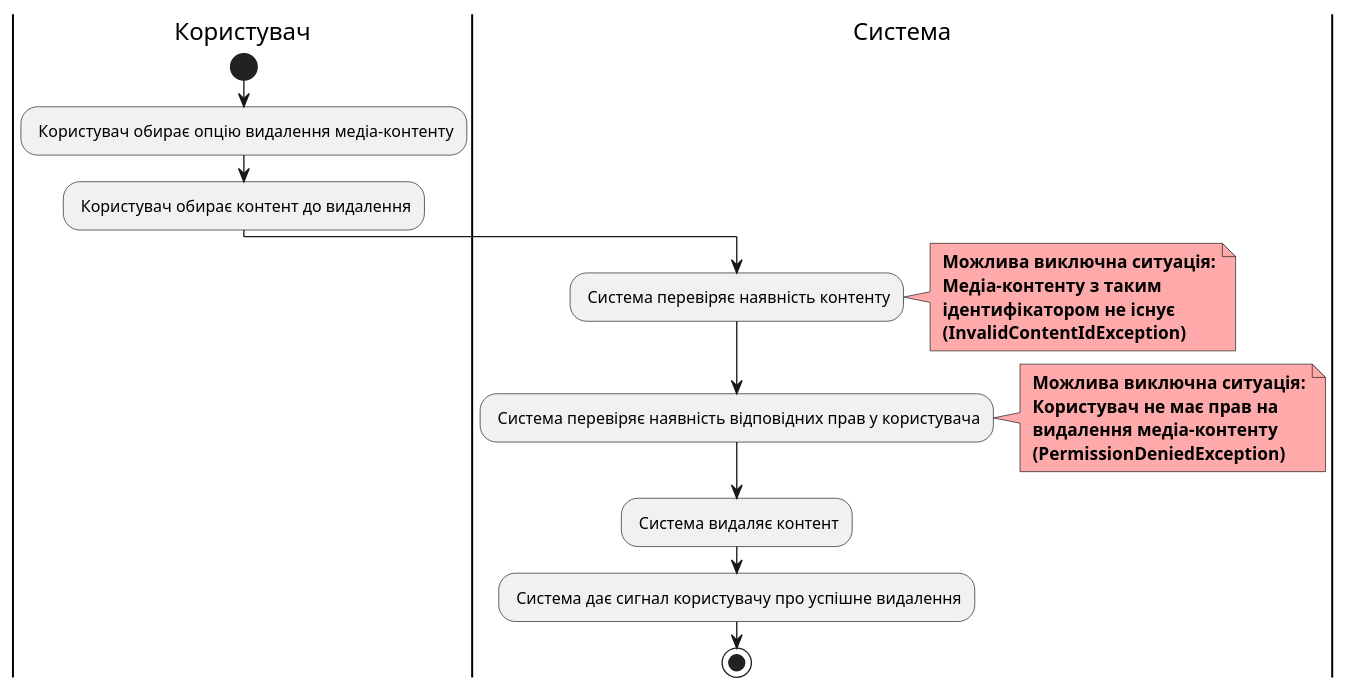
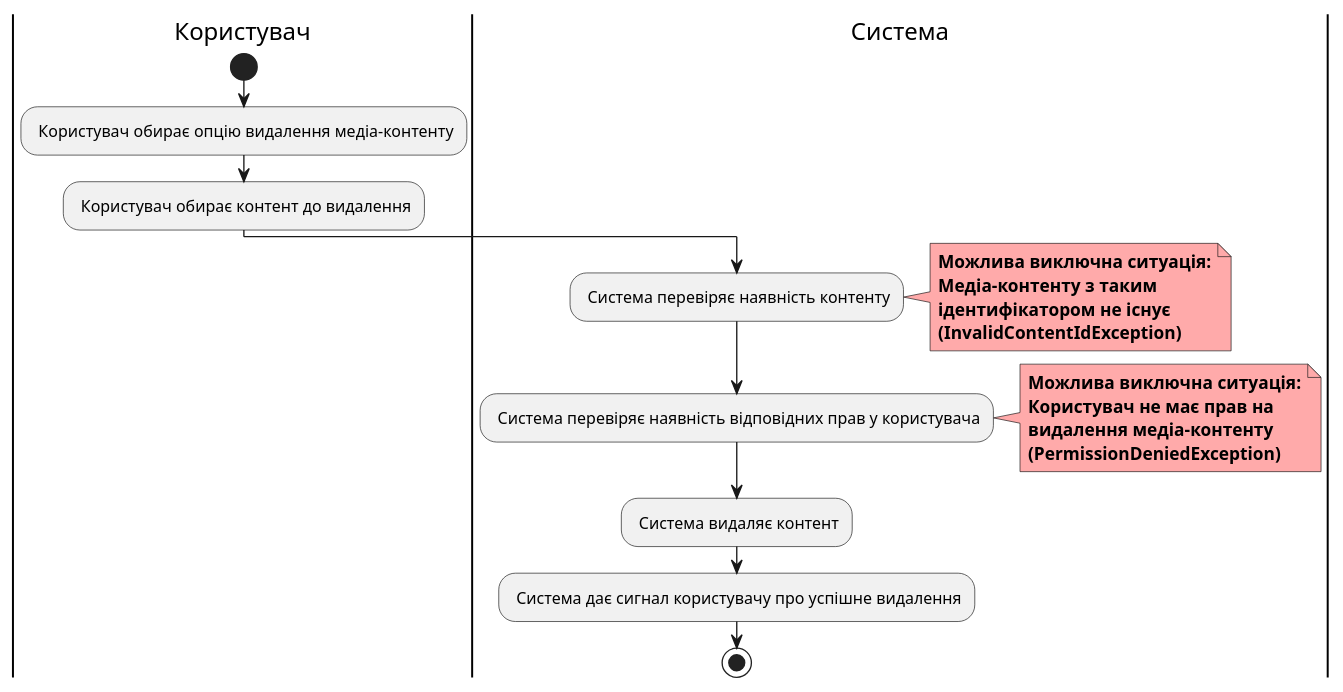
One commit to semenyaka08/media-content-api changed diagram 12 of 12 in docs/use cases/README.md. Above: the diagram before and after it, drawn with PlantUML. The commit also changed other lines of this file, not shown here.

```diff
--- a/docs/use cases/README.md
+++ b/docs/use cases/README.md
@@ -600,27 +602,27 @@
 @startuml
 
 |Користувач| 
 start
 : Користувач обирає опцію видалення медіа-контенту;
 : Користувач обирає контент до видалення;
 
 |Система|
 : Система перевіряє наявність контенту;
 note right #ffaaaa
-<b> Можлива виключна ситуація:
-<b> Медіа-контенту з таким 
-<b> ідентифікатором не існує
-<b> (InvalidContentIdException)
+    <b>Можлива виключна ситуація:</b>
+    <b>Медіа-контенту з таким</b>
+    <b>ідентифікатором не існує</b>
+    <b>(InvalidContentIdException)</b>
 end note
 : Система перевіряє наявність відповідних прав у користувача;
 note right #ffaaaa
-<b> Можлива виключна ситуація:
-<b> Користувач не має прав на
-<b> видалення медіа-контенту
-<b> (PermissionDeniedException)
+    <b>Можлива виключна ситуація:</b>
+    <b>Користувач не має прав на</b>
+    <b>видалення медіа-контенту</b>
+    <b>(PermissionDeniedException)</b>
 end note
 : Система видаляє контент;
 : Система дає сигнал користувачу про успішне видалення;
 stop
 
 @enduml
```
